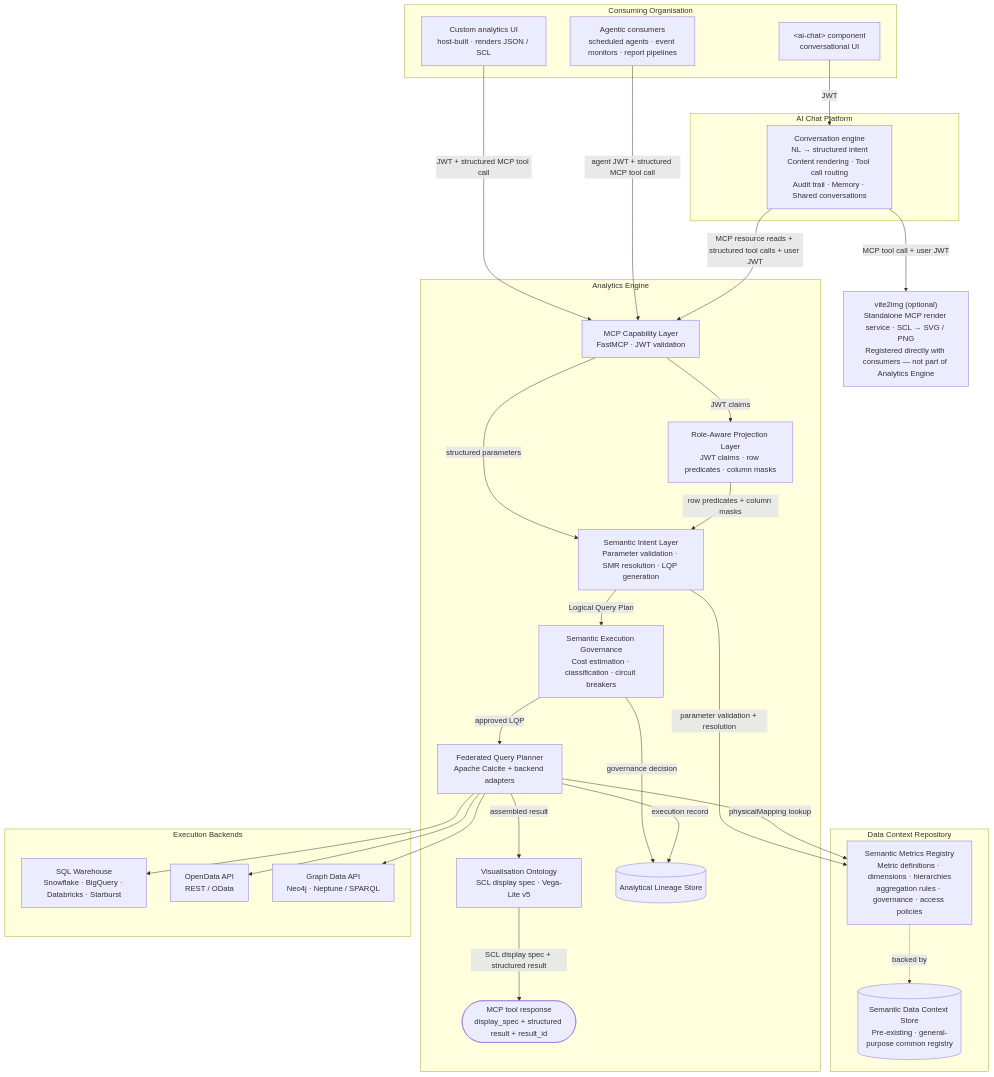
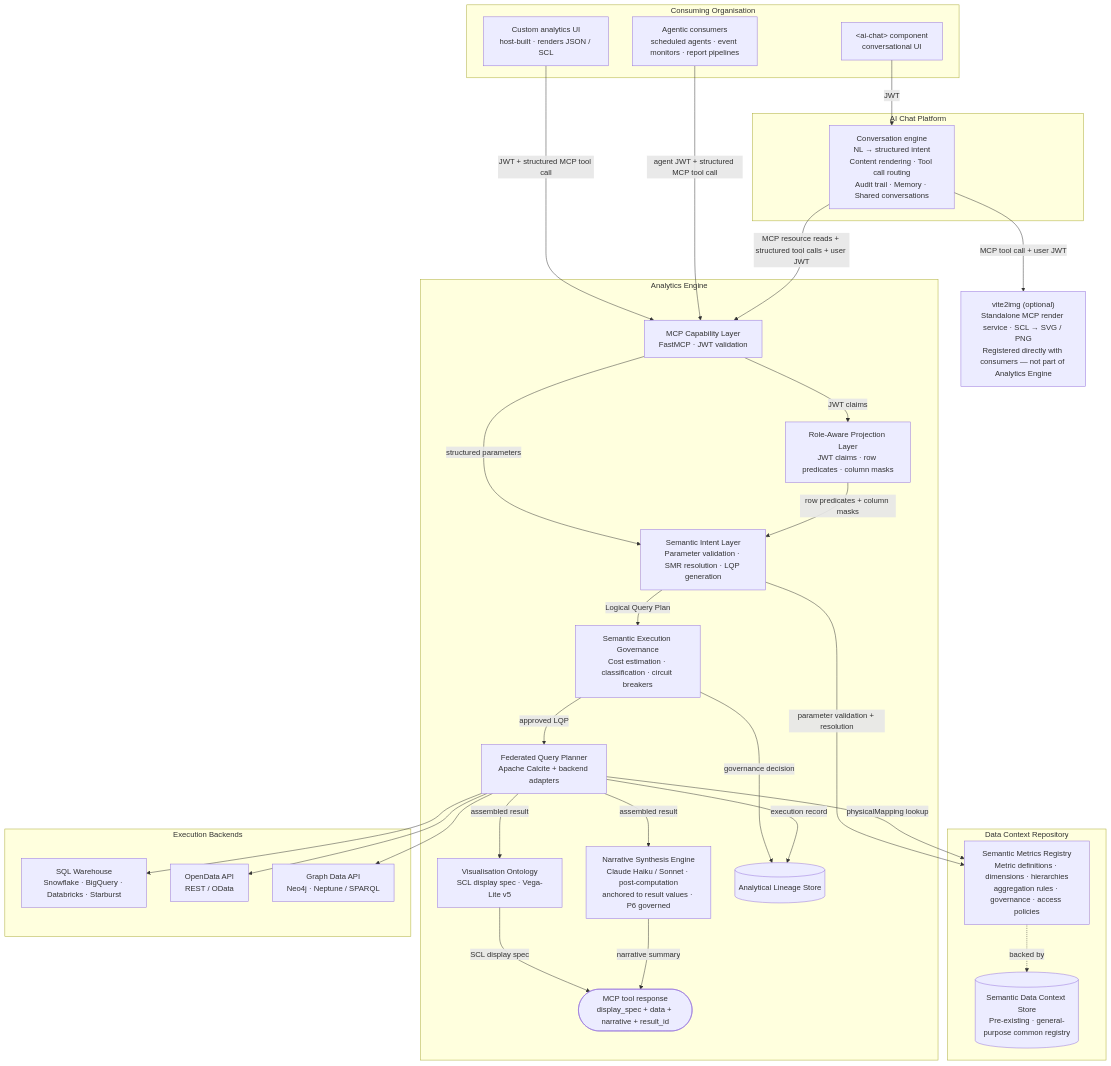
One commit to M-A-Operating-System/shared-work changed the first of 6 diagrams in docs/product/analytics/03-core-capabilities.md. Above: the diagram before and after it, drawn with Mermaid. The commit also changed other lines of this file and 3 other files, not shown here.

First line of the commit message:
Restore NSE as a secondary, post-computation AI capability inside the Analytics Engine

````diff
--- a/docs/product/analytics/03-core-capabilities.md
+++ b/docs/product/analytics/03-core-capabilities.md
@@ -11,55 +11,58 @@
 ```mermaid
 flowchart TD
     subgraph org["Consuming Organisation"]
         ChatComp["&lt;ai-chat&gt; component\nconversational UI"]
         CustomUI["Custom analytics UI\nhost-built · renders JSON / SCL"]
         Agents["Agentic consumers\nscheduled agents · event monitors · report pipelines"]
     end
 
     subgraph aichat["AI Chat Platform"]
         ChatEngine["Conversation engine\nNL → structured intent\nContent rendering · Tool call routing\nAudit trail · Memory · Shared conversations"]
     end
 
     subgraph analytics["Analytics Engine"]
         MCP["MCP Capability Layer\nFastMCP · JWT validation"]
         SIL["Semantic Intent Layer\nParameter validation · SMR resolution · LQP generation"]
         RAPL["Role-Aware Projection Layer\nJWT claims · row predicates · column masks"]
         SEG["Semantic Execution Governance\nCost estimation · classification · circuit breakers"]
         FQP["Federated Query Planner\nApache Calcite + backend adapters"]
         VO["Visualisation Ontology\nSCL display spec · Vega-Lite v5"]
+        NSE["Narrative Synthesis Engine\nClaude Haiku / Sonnet · post-computation\nanchored to result values · P6 governed"]
         LS[("Analytical Lineage Store")]
-        Result(["MCP tool response\ndisplay_spec + structured result + result_id"])
+        Result(["MCP tool response\ndisplay_spec + data + narrative + result_id"])
     end
 
     vite2img["vite2img (optional)\nStandalone MCP render service · SCL → SVG / PNG\nRegistered directly with consumers — not part of Analytics Engine"]
 
     subgraph dcr["Data Context Repository"]
         SMR["Semantic Metrics Registry\nMetric definitions · dimensions · hierarchies\naggregation rules · governance · access policies"]
         DCS[("Semantic Data Context Store\nPre-existing · general-purpose common registry")]
         SMR -. backed by .-> DCS
     end
 
     subgraph backends["Execution Backends"]
         SQL["SQL Warehouse\nSnowflake · BigQuery · Databricks · Starburst"]
         ODA["OpenData API\nREST / OData"]
         GDA["Graph Data API\nNeo4j · Neptune / SPARQL"]
     end
 
     ChatComp -->|"JWT"| ChatEngine
     CustomUI -->|"JWT + structured MCP tool call"| MCP
     Agents -->|"agent JWT + structured MCP tool call"| MCP
     ChatEngine -->|"MCP resource reads + structured tool calls + user JWT"| MCP
     ChatEngine -->|"MCP tool call + user JWT"| vite2img
     MCP -->|"structured parameters"| SIL
     MCP -->|"JWT claims"| RAPL
     RAPL -->|"row predicates + column masks"| SIL
     SIL -->|"parameter validation + resolution"| SMR
     SIL -->|"Logical Query Plan"| SEG
     SEG -->|"approved LQP"| FQP
     SEG -->|"governance decision"| LS
     FQP -->|"physicalMapping lookup"| SMR
     FQP --> SQL & ODA & GDA
     FQP -->|"execution record"| LS
     FQP -->|"assembled result"| VO
-    VO -->|"SCL display spec + structured result"| Result
+    FQP -->|"assembled result"| NSE
+    VO -->|"SCL display spec"| Result
+    NSE -->|"narrative summary"| Result
 ```
````
